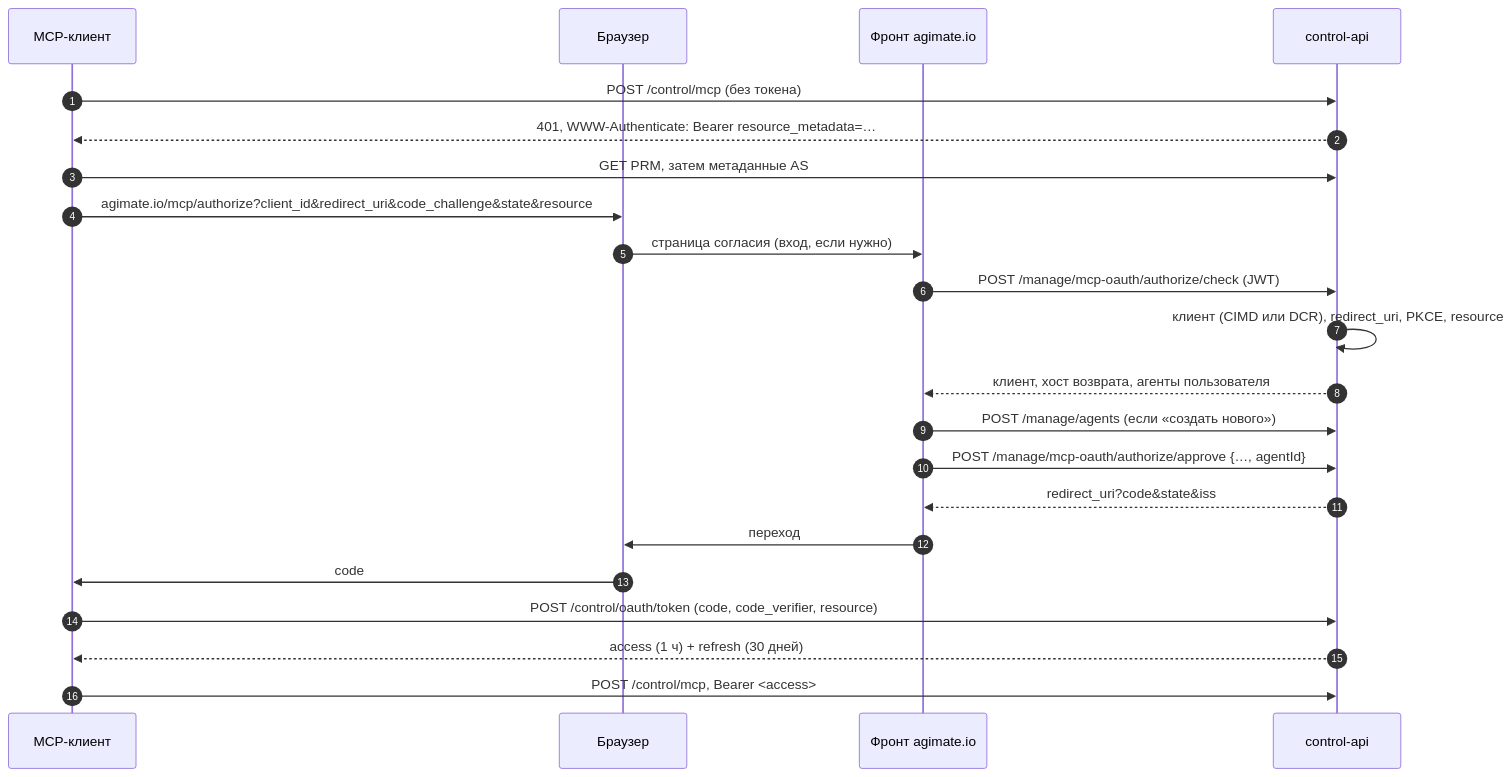
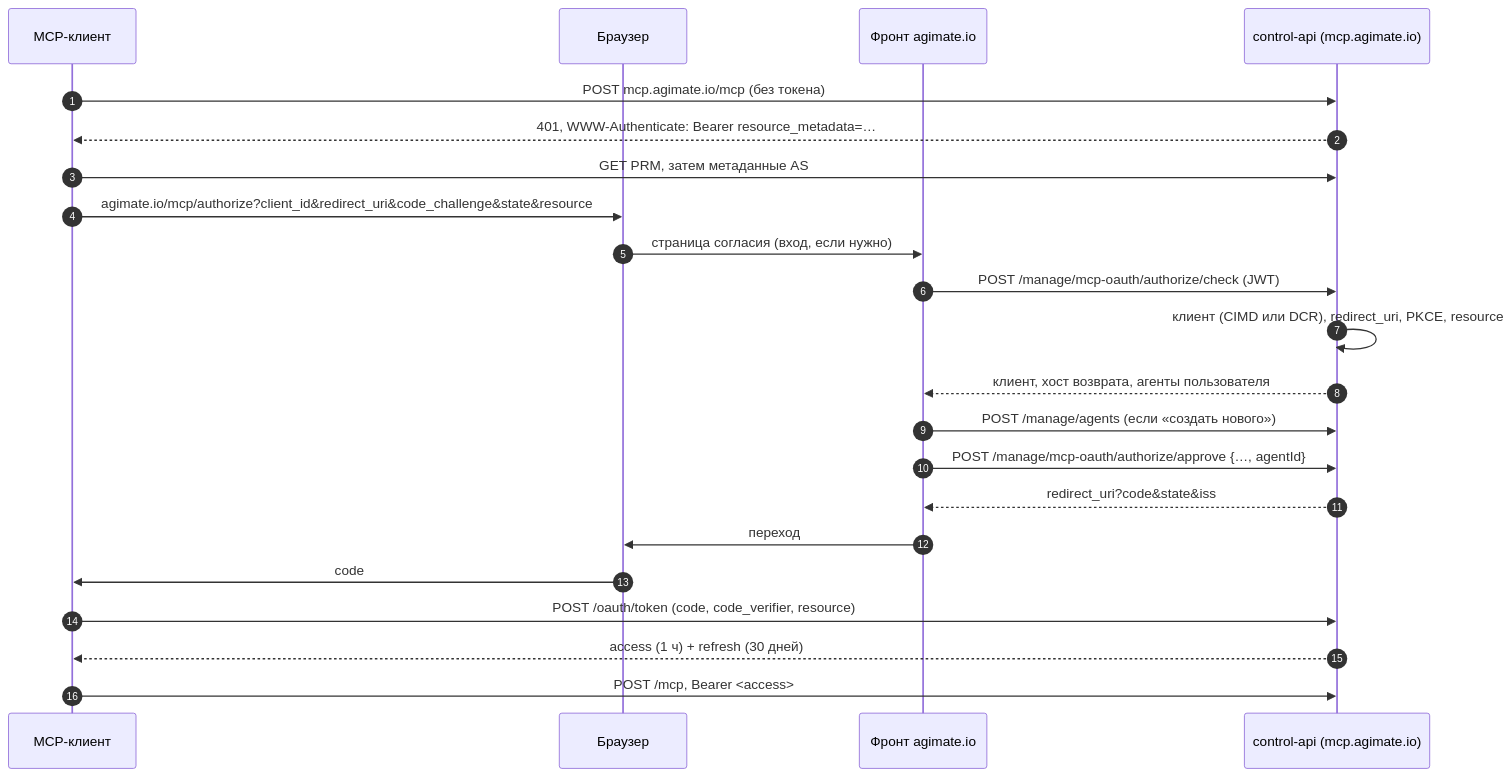
The diagram in docs/decisions/mcp-server-oauth.md (AgiMateIo/agimate-backend), drawn with Mermaid before and after one commit. The commit also changed other lines of this file and 6 other files, not shown here.

First line of the commit message:
docs: MCP server address — mcp.agimate.io subdomain instead of api host

````diff
--- a/docs/decisions/mcp-server-oauth.md
+++ b/docs/decisions/mcp-server-oauth.md
@@ -76,24 +77,24 @@
 ```mermaid
 sequenceDiagram
   autonumber
   participant Cl as MCP-клиент
   participant Br as Браузер
   participant Fr as Фронт agimate.io
-  participant CA as control-api
-  Cl->>CA: POST /control/mcp (без токена)
+  participant CA as control-api (mcp.agimate.io)
+  Cl->>CA: POST mcp.agimate.io/mcp (без токена)
   CA-->>Cl: 401, WWW-Authenticate: Bearer resource_metadata=…
   Cl->>CA: GET PRM, затем метаданные AS
   Cl->>Br: agimate.io/mcp/authorize?client_id&redirect_uri&code_challenge&state&resource
   Br->>Fr: страница согласия (вход, если нужно)
   Fr->>CA: POST /manage/mcp-oauth/authorize/check (JWT)
   CA->>CA: клиент (CIMD или DCR), redirect_uri, PKCE, resource
   CA-->>Fr: клиент, хост возврата, агенты пользователя
   Fr->>CA: POST /manage/agents (если «создать нового»)
   Fr->>CA: POST /manage/mcp-oauth/authorize/approve {…, agentId}
   CA-->>Fr: redirect_uri?code&state&iss
   Fr->>Br: переход
   Br->>Cl: code
-  Cl->>CA: POST /control/oauth/token (code, code_verifier, resource)
+  Cl->>CA: POST /oauth/token (code, code_verifier, resource)
   CA-->>Cl: access (1 ч) + refresh (30 дней)
-  Cl->>CA: POST /control/mcp, Bearer <access>
+  Cl->>CA: POST /mcp, Bearer <access>
 ```
````
